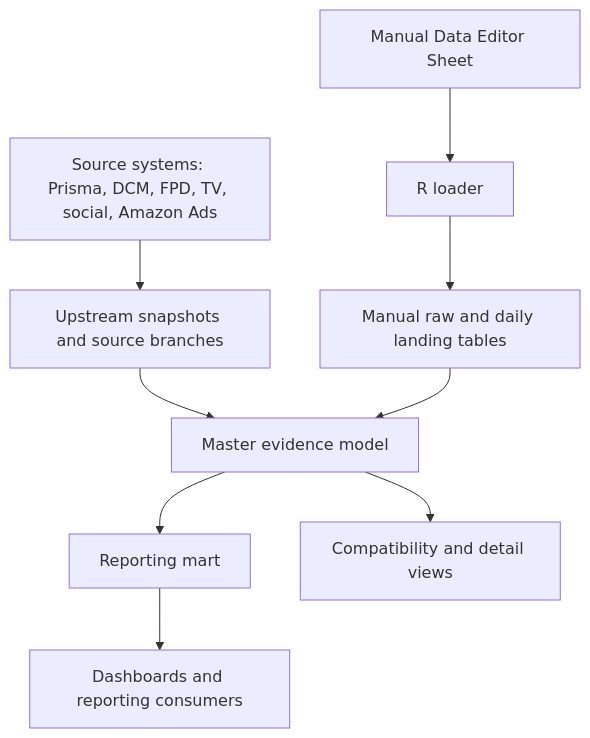
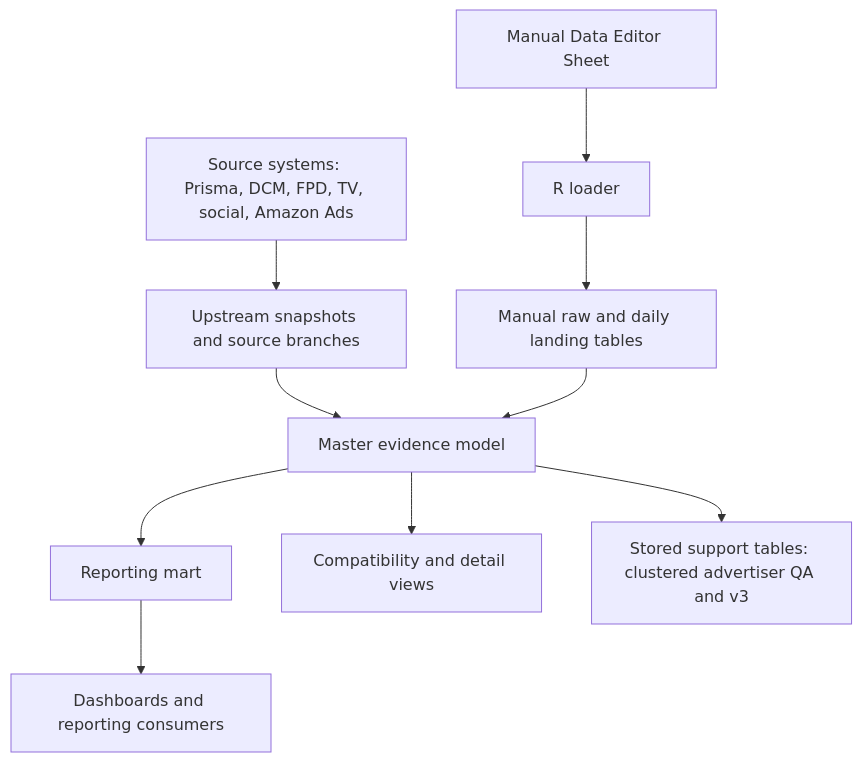
The diagram in master_data_model/docs/architecture.md (genetsen/looker_personal), drawn with Mermaid before and after one commit. The commit also changed other lines of this file and 46 other files, not shown here.

````diff
--- a/master_data_model/docs/architecture.md
+++ b/master_data_model/docs/architecture.md
@@ -8,11 +8,12 @@
 ```mermaid
 flowchart TD
   A["Source systems: Prisma, DCM, FPD, TV, social, Amazon Ads"] --> B["Upstream snapshots and source branches"]
   B --> C["Master evidence model"]
   D["Manual Data Editor Sheet"] --> E["R loader"]
   E --> F["Manual raw and daily landing tables"]
   F --> C
   C --> G["Reporting mart"]
   C --> H["Compatibility and detail views"]
+  C --> J["Stored support tables: clustered advertiser QA and v3"]
   G --> I["Dashboards and reporting consumers"]
 ```
````
